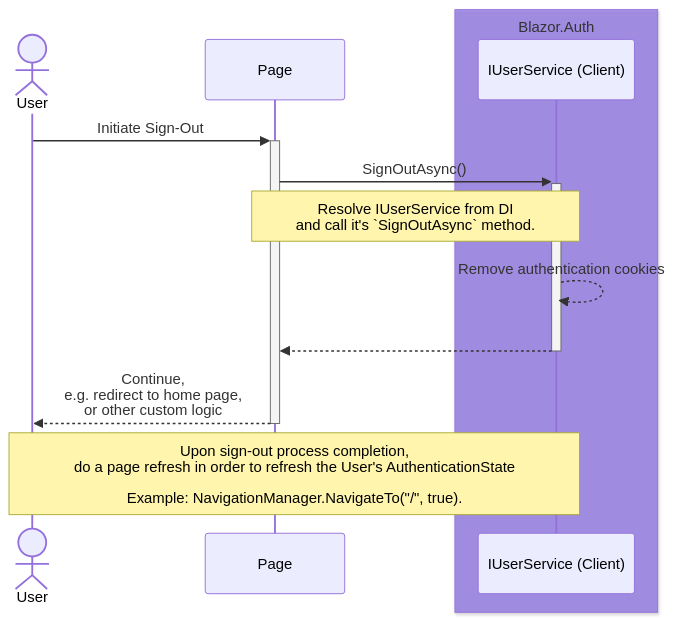
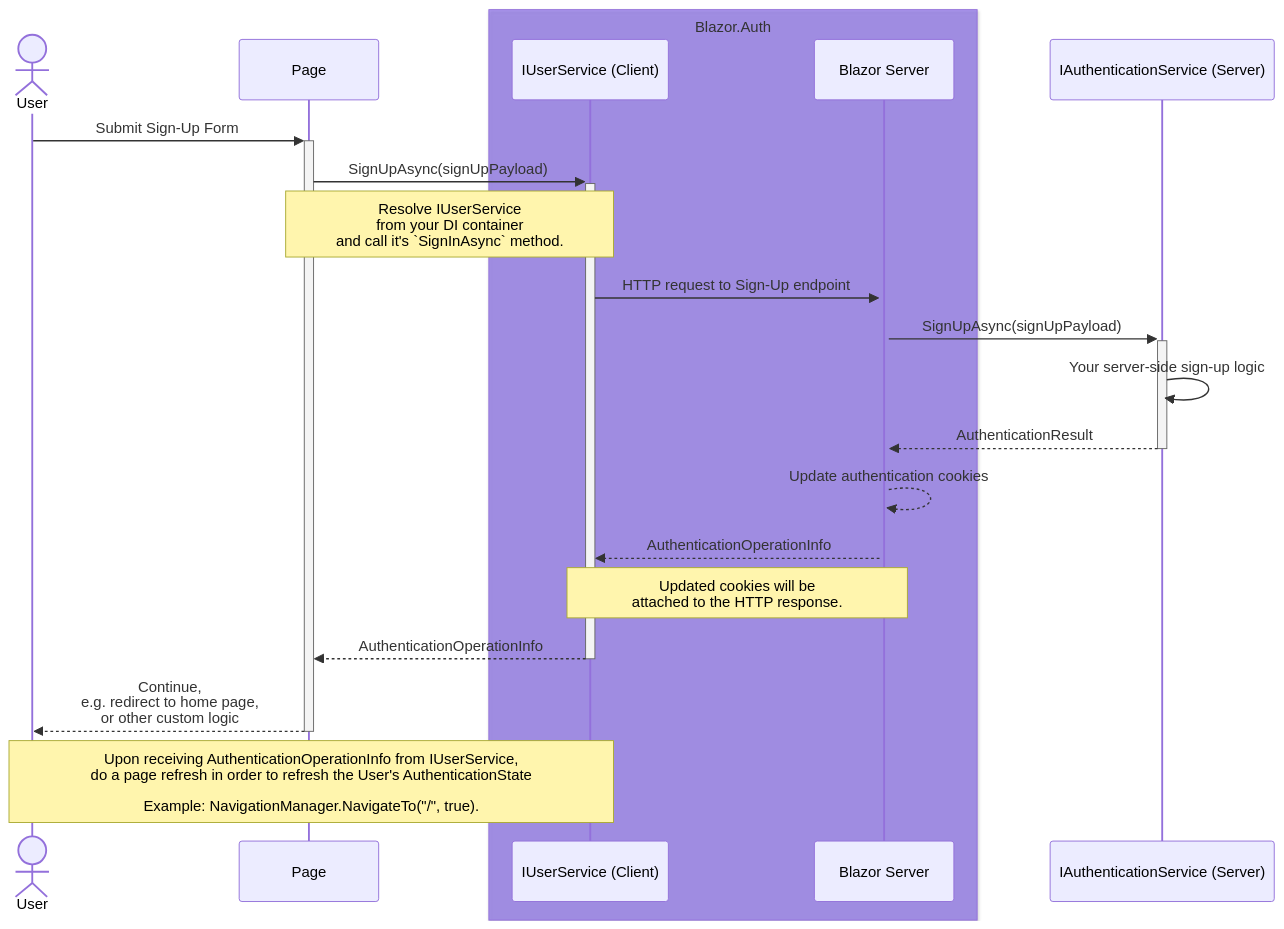
Before and after one commit to BitzArt/Blazor.Auth: the third of 3 diagrams in docs/src/04.use-cases/02.interactive-webassembly.md, drawn with Mermaid. The commit also changed other lines of this file and 101 other files, not shown here.

Commit message:
Blazor.Auth v2 (#33)

````diff
--- a/docs/src/04.use-cases/02.interactive-webassembly.md
+++ b/docs/src/04.use-cases/02.interactive-webassembly.md
@@ -75,20 +73,32 @@
 ```mermaid
 sequenceDiagram
 
 actor user as User
 participant page as Page
 
 box rgba(101, 63, 232, 0.5) Blazor.Auth
 participant userServiceClient as IUserService (Client)
+participant userServiceServer as Blazor Server
 end
 
-user ->>+ page: Initiate Sign-Out
-page ->>+ userServiceClient: SignOutAsync()
-note over page,userServiceClient: Resolve IUserService from DI<br/> and call it's `SignOutAsync` method.
-userServiceClient -->> userServiceClient: Remove authentication cookies
+participant authService as IAuthenticationService (Server)
 
-userServiceClient -->>- page: #32;
+user ->>+ page: Submit Sign-Up Form
+page ->>+ userServiceClient: SignUpAsync(signUpPayload)
+note over page,userServiceClient: Resolve IUserService <br/> from your DI container<br/> and call it's `SignInAsync` method.
+userServiceClient ->>+ userServiceServer: HTTP request to Sign-Up endpoint
+
+userServiceServer ->>+ authService: SignUpAsync(signUpPayload)
+authService ->> authService: Your server-side sign-up logic
+
+authService -->>- userServiceServer: AuthenticationResult
+userServiceServer -->> userServiceServer: Update authentication cookies
+userServiceServer -->> userServiceClient: AuthenticationOperationInfo
+
+note over userServiceClient,userServiceServer: Updated cookies will be<br/>attached to the HTTP response.
+
+userServiceClient -->>- page: AuthenticationOperationInfo
 page -->>- user: Continue, <br/> e.g. redirect to home page, <br/> or other custom logic
 
-note over user,userServiceClient: Upon sign-out process completion, <br/> do a page refresh in order to refresh the User's AuthenticationState<br/><br/> Example: NavigationManager.NavigateTo("/", true).
+note over user,userServiceClient: Upon receiving AuthenticationOperationInfo from IUserService, <br/> do a page refresh in order to refresh the User's AuthenticationState<br/><br/> Example: NavigationManager.NavigateTo("/", true).
 ```
````
